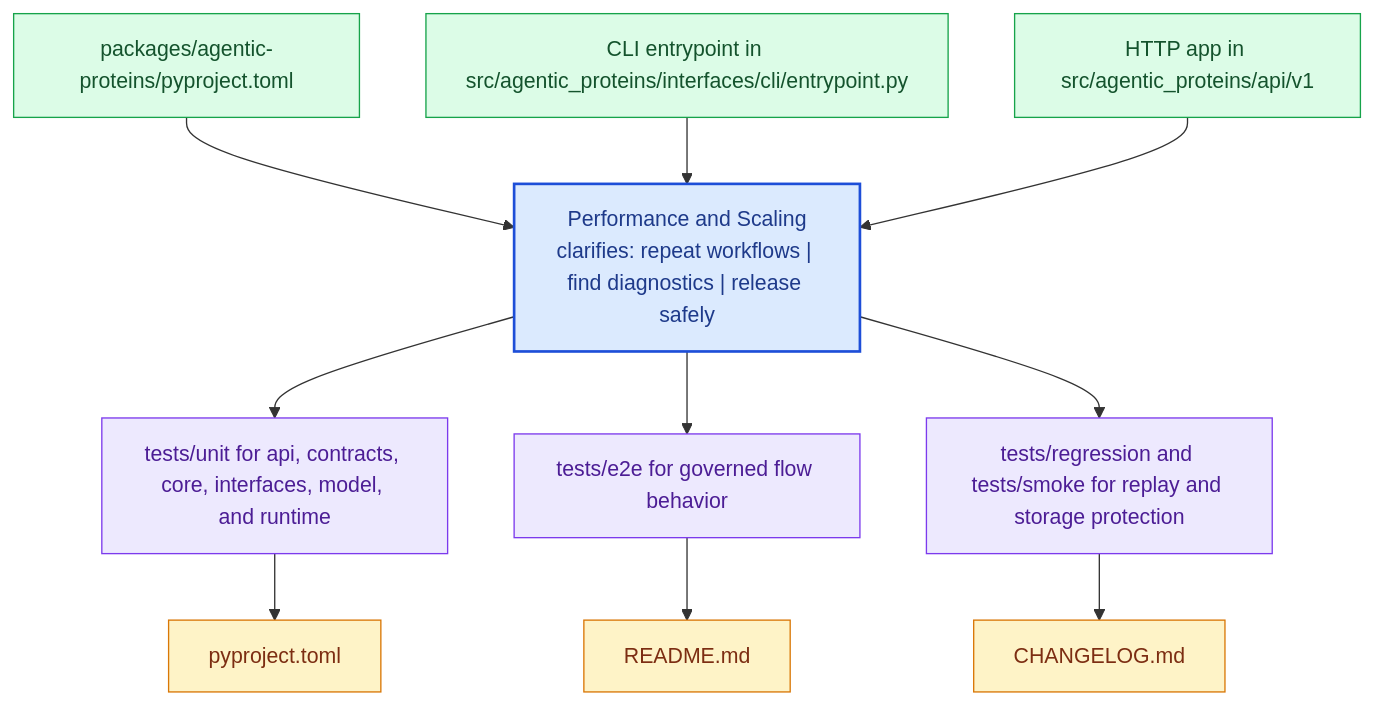
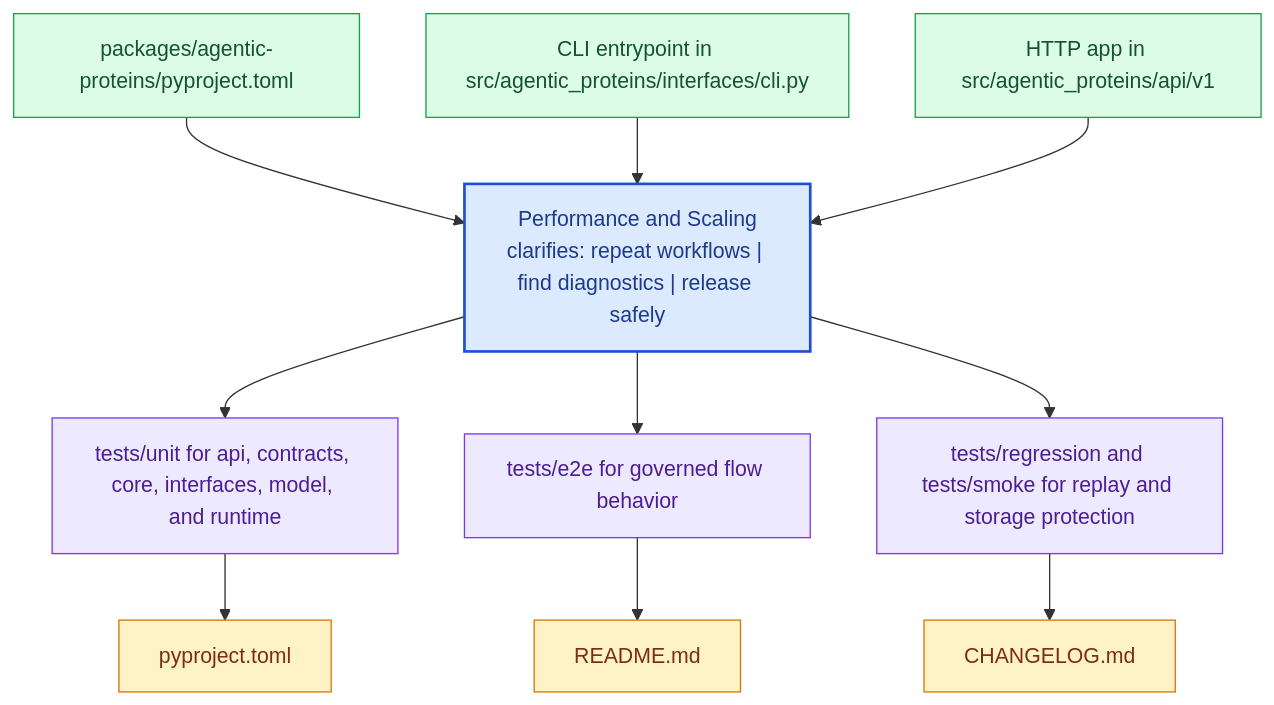
One commit to bijux/bijux-proteomics changed the diagram in docs/agentic-proteins/operations/performance-and-scaling.md. Above: the diagram before and after it, drawn with Mermaid. The commit also changed 24 other files, not shown here.

Commit message:
docs(agentic-proteins): deepen runtime handbook and align execution anchors to real modules

````diff
--- a/docs/agentic-proteins/operations/performance-and-scaling.md
+++ b/docs/agentic-proteins/operations/performance-and-scaling.md
@@ -22,31 +22,31 @@
 ```mermaid
 flowchart TB
     page["Performance and Scaling<br/>clarifies: repeat workflows | find diagnostics | release safely"]
     classDef page fill:#dbeafe,stroke:#1d4ed8,color:#1e3a8a,stroke-width:2px;
     classDef positive fill:#dcfce7,stroke:#16a34a,color:#14532d;
     classDef caution fill:#fee2e2,stroke:#dc2626,color:#7f1d1d;
     classDef anchor fill:#ede9fe,stroke:#7c3aed,color:#4c1d95;
     classDef action fill:#fef3c7,stroke:#d97706,color:#7c2d12;
     step1["packages/agentic-proteins/pyproject.toml"]
     step1 --> page
-    step2["CLI entrypoint in src/agentic_proteins/interfaces/cli/entrypoint.py"]
+    step2["CLI entrypoint in src/agentic_proteins/interfaces/cli.py"]
     step2 --> page
     step3["HTTP app in src/agentic_proteins/api/v1"]
     step3 --> page
     run1["tests/unit for api, contracts, core, interfaces, model, and runtime"]
     page --> run1
     run2["tests/e2e for governed flow behavior"]
     page --> run2
     run3["tests/regression and tests/smoke for replay and storage protection"]
     page --> run3
     release1["pyproject.toml"]
     run1 --> release1
     release2["README.md"]
     run2 --> release2
     release3["CHANGELOG.md"]
     run3 --> release3
     class page page;
     class step1,step2,step3 positive;
     class run1,run2,run3 anchor;
     class release1,release2,release3 action;
 ```
````
